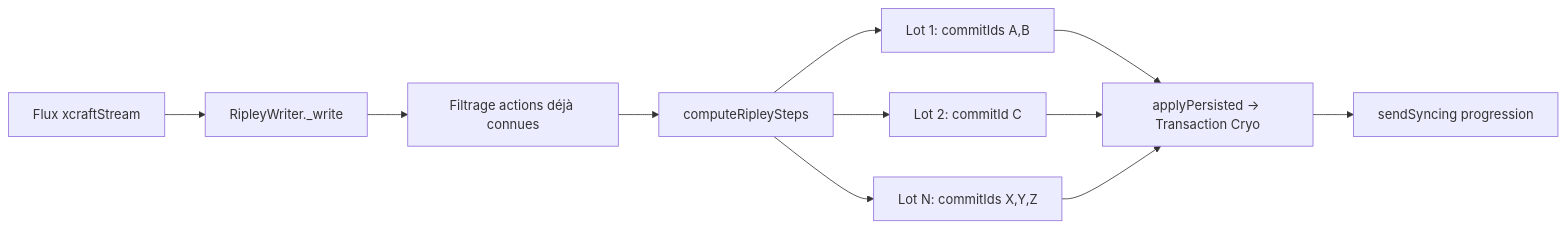
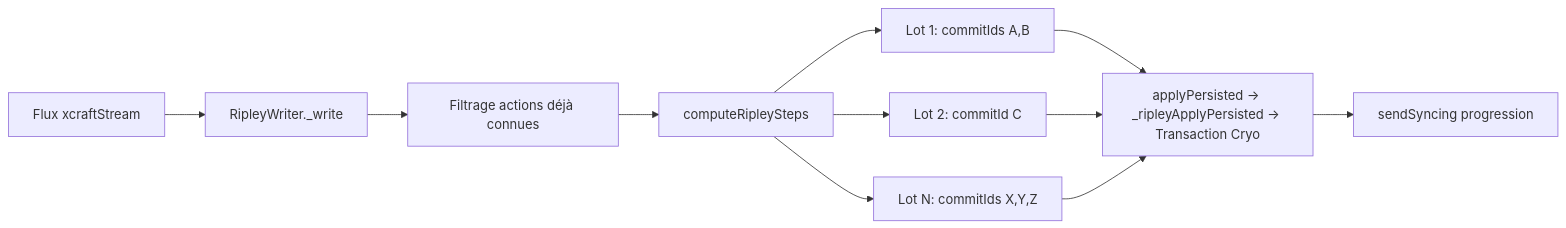
The fourth of 5 diagrams in doc/synchronization.md (Xcraft-Inc/xcraft-core-goblin), drawn with Mermaid before and after one commit. The commit also changed other lines of this file, not shown here.

````diff
--- a/doc/synchronization.md
+++ b/doc/synchronization.md
@@ -253,13 +269,13 @@
 ```mermaid
 flowchart LR
     A[Flux xcraftStream] --> B[RipleyWriter._write]
     B --> C[Filtrage actions déjà connues]
     C --> D[computeRipleySteps]
     D --> E[Lot 1: commitIds A,B]
     D --> F[Lot 2: commitId C]
     D --> G[Lot N: commitIds X,Y,Z]
-    E --> H[applyPersisted → Transaction Cryo]
+    E --> H[applyPersisted → _ripleyApplyPersisted → Transaction Cryo]
     F --> H
     G --> H
     H --> I[sendSyncing progression]
 ```
````
